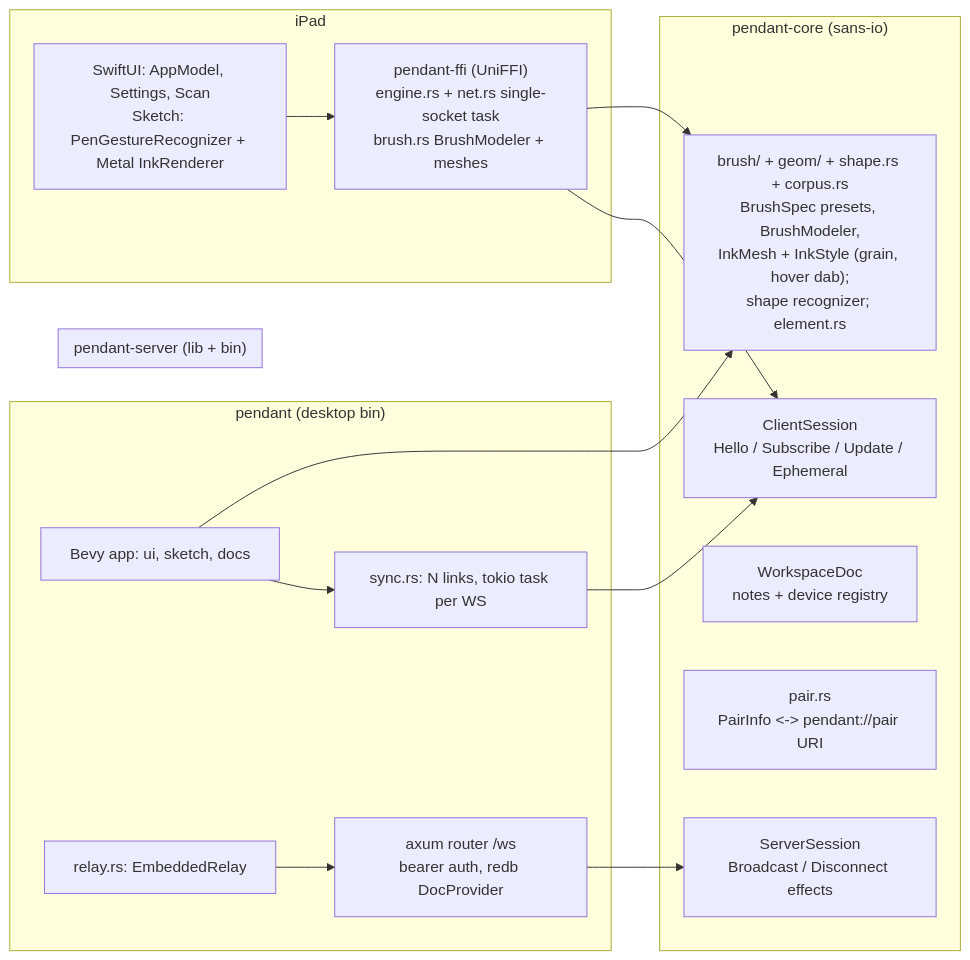
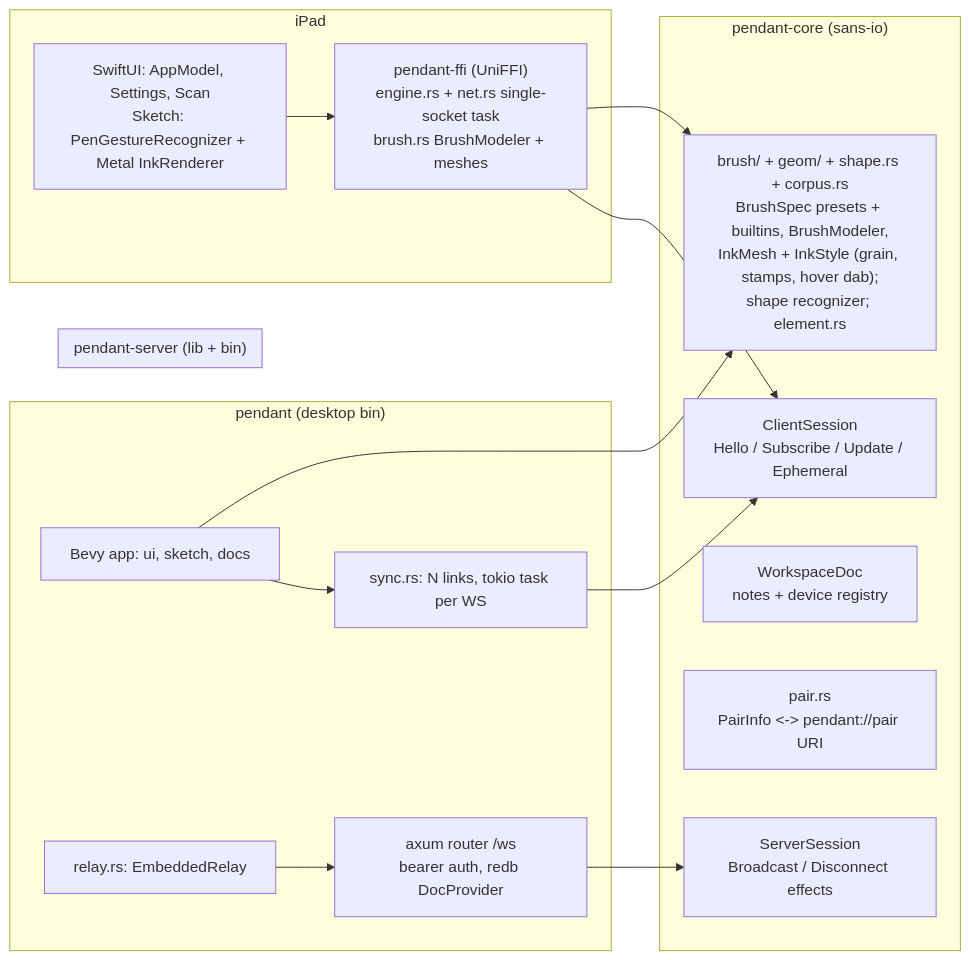
The fourth of 4 diagrams in docs/architecture.md (uttarayan21/krabink), drawn with Mermaid before and after one commit. The commit also changed other lines of this file and 31 other files, not shown here.

````diff
--- a/docs/architecture.md
+++ b/docs/architecture.md
@@ -114,28 +114,28 @@
 ```mermaid
 flowchart LR
     subgraph core["pendant-core (sans-io)"]
         CS["ClientSession\nHello / Subscribe / Update / Ephemeral"]
         SS["ServerSession\nBroadcast / Disconnect effects"]
         WS["WorkspaceDoc\nnotes + device registry"]
         PAIR["pair.rs\nPairInfo <-> pendant://pair URI"]
-        INK["brush/ + geom/ + shape.rs + corpus.rs\nBrushSpec presets, BrushModeler,\nInkMesh + InkStyle (grain, hover dab);\nshape recognizer; element.rs"]
+        INK["brush/ + geom/ + shape.rs + corpus.rs\nBrushSpec presets + builtins, BrushModeler,\nInkMesh + InkStyle (grain, stamps, hover dab);\nshape recognizer; element.rs"]
     end
     subgraph desktop["pendant (desktop bin)"]
         BEVY["Bevy app: ui, sketch, docs"]
         SYNC["sync.rs: N links, tokio task per WS"]
         RELAY["relay.rs: EmbeddedRelay"]
         BEVY --> SYNC --> CS
         BEVY --> INK
         RELAY --> SRV
     end
     subgraph server["pendant-server (lib + bin)"]
         SRV["axum router /ws\nbearer auth, redb DocProvider"]
         SRV --> SS
     end
     subgraph ios["iPad"]
         SWIFT["SwiftUI: AppModel, Settings, Scan\nSketch: PenGestureRecognizer + Metal InkRenderer"]
         FFI["pendant-ffi (UniFFI)\nengine.rs + net.rs single-socket task\nbrush.rs BrushModeler + meshes"]
         SWIFT --> FFI --> CS
         FFI --> INK
     end
 ```
````
